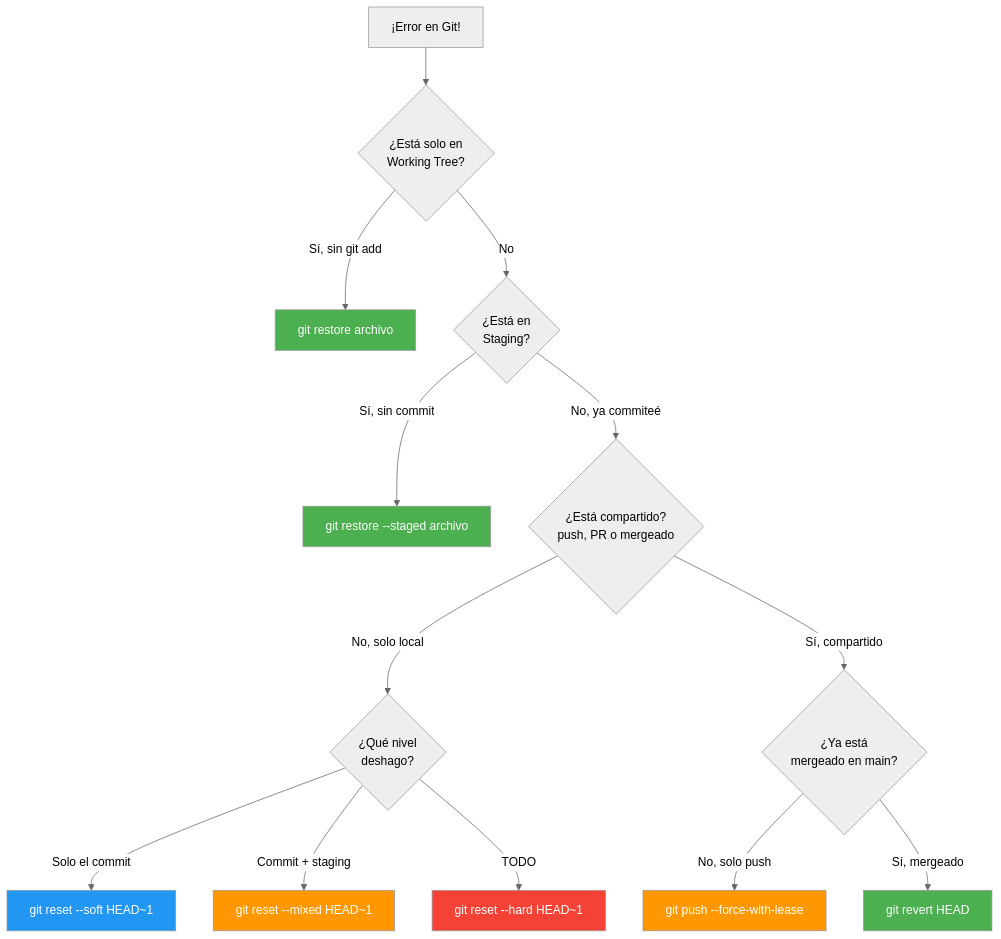
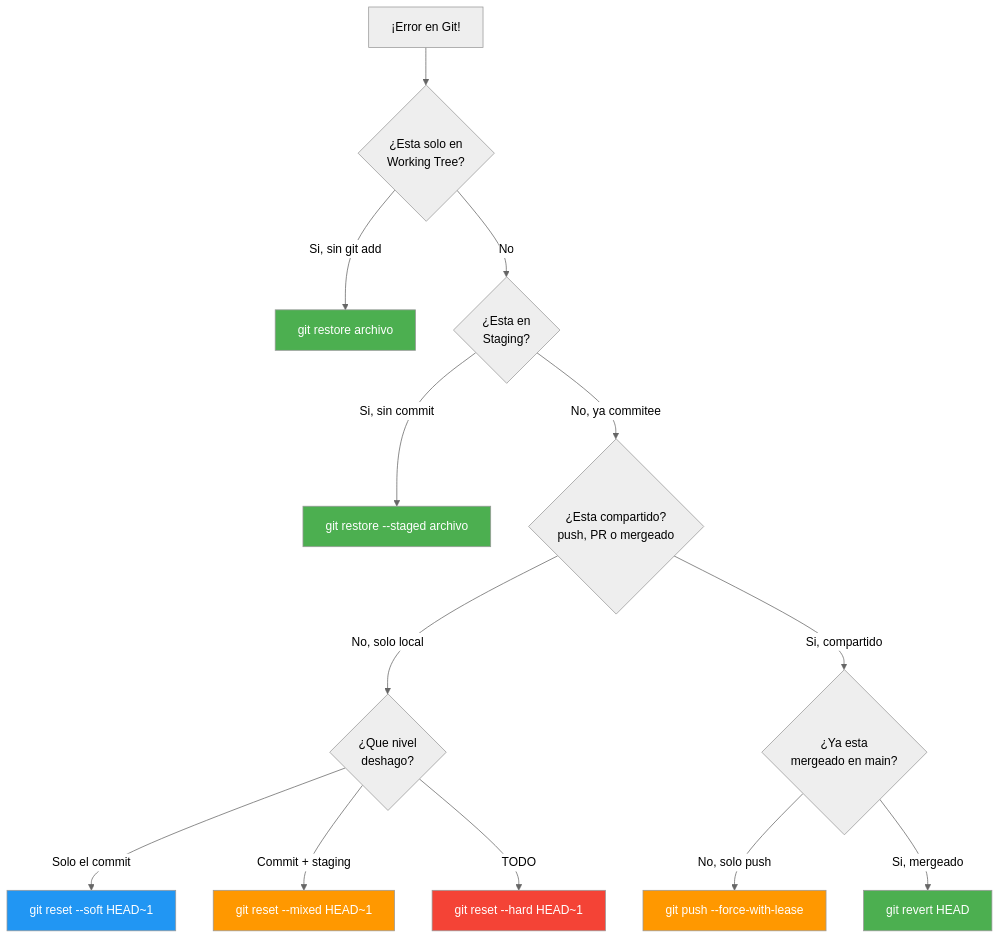
The second of 7 diagrams in 06-guia-emergencia.md (joseluisgs/EntornosDesarrollo-03-2026-2027), drawn with Mermaid (neutral theme) before and after one commit. The commit also changed other lines of this file, not shown here.

````diff
--- a/06-guia-emergencia.md
+++ b/06-guia-emergencia.md
@@ -53,23 +57,23 @@
 ```mermaid
 flowchart TD
-    A[¡Error en Git!] --> B{¿Está solo en<br/>Working Tree?}
-    B -->|Sí, sin git add| C[git restore archivo]
-    B -->|No| D{¿Está en<br/>Staging?}
-    D -->|Sí, sin commit| E[git restore --staged archivo]
-    D -->|No, ya commiteé| F{¿Está compartido?<br/>push, PR o mergeado}
-    F -->|No, solo local| G{¿Qué nivel<br/>deshago?}
+    A[¡Error en Git!] --> B{¿Esta solo en<br/>Working Tree?}
+    B -->|Si, sin git add| C[git restore archivo]
+    B -->|No| D{¿Esta en<br/>Staging?}
+    D -->|Si, sin commit| E[git restore --staged archivo]
+    D -->|No, ya commitee| F{¿Esta compartido?<br/>push, PR o mergeado}
+    F -->|No, solo local| G{¿Que nivel<br/>deshago?}
     G -->|Solo el commit| H[git reset --soft HEAD~1]
     G -->|Commit + staging| I[git reset --mixed HEAD~1]
     G -->|TODO| J[git reset --hard HEAD~1]
-    F -->|Sí, compartido| K{¿Ya está<br/>mergeado en main?}
+    F -->|Si, compartido| K{¿Ya esta<br/>mergeado en main?}
     K -->|No, solo push| L[git push --force-with-lease]
-    K -->|Sí, mergeado| M[git revert HEAD]
+    K -->|Si, mergeado| M[git revert HEAD]
 
     style C fill:#4CAF50,color:#fff
     style E fill:#4CAF50,color:#fff
     style H fill:#2196F3,color:#fff
     style I fill:#FF9800,color:#fff
     style J fill:#f44336,color:#fff
     style L fill:#FF9800,color:#fff
     style M fill:#4CAF50,color:#fff
 ```
````
